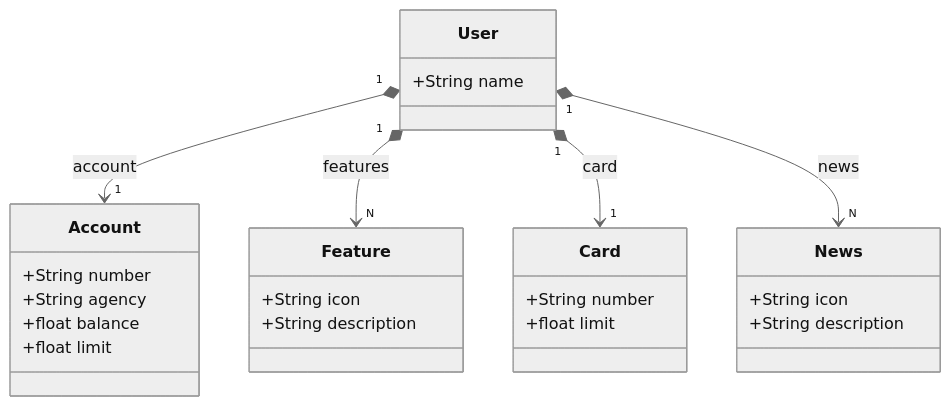
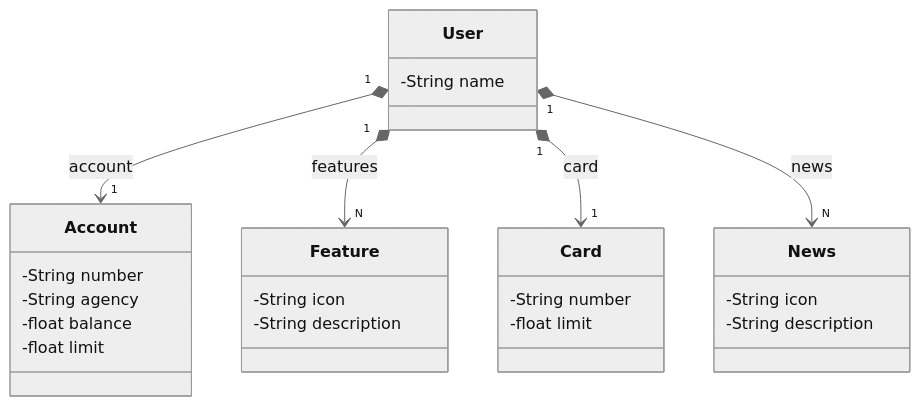
The diagram in README.md (isaquenobre/publicando_apirest_na_nuvem), drawn with Mermaid (neutral theme) before and after one commit.

Commit message:
Change class attributes from public to private
Updated class diagram to change visibility from public to private.

````diff
--- a/README.md
+++ b/README.md
@@ -5,34 +5,34 @@
 ```mermaid
 classDiagram
     class User {
-        +String name
+        -String name
     }
 
     class Account {
-        +String number
-        +String agency
-        +float balance
-        +float limit
+        -String number
+        -String agency
+        -float balance
+        -float limit
     }
 
     class Feature {
-        +String icon
-        +String description
+        -String icon
+        -String description
     }
 
     class Card {
-        +String number
-        +float limit
+        -String number
+        -float limit
     }
 
     class News {
-        +String icon
-        +String description
+        -String icon
+        -String description
     }
 
     User "1" *--> "1" Account : account
     User "1" *--> "N" Feature : features
     User "1" *--> "1" Card : card
     User "1" *--> "N" News : news
 
 ```
````
